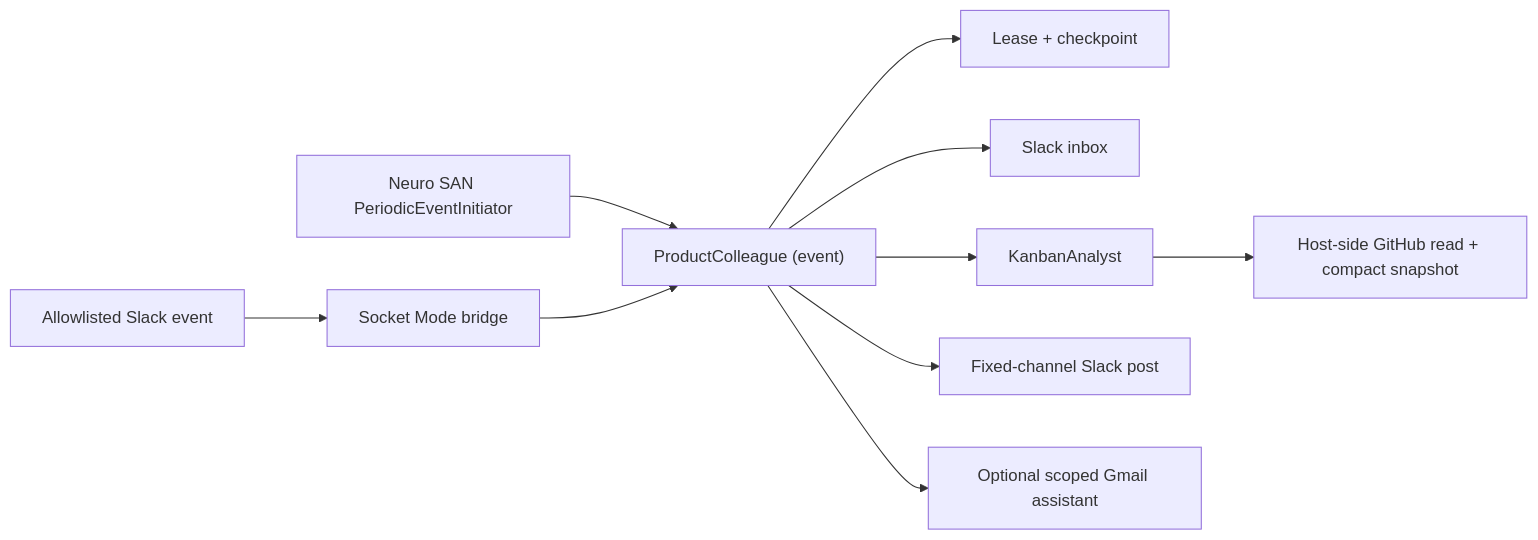
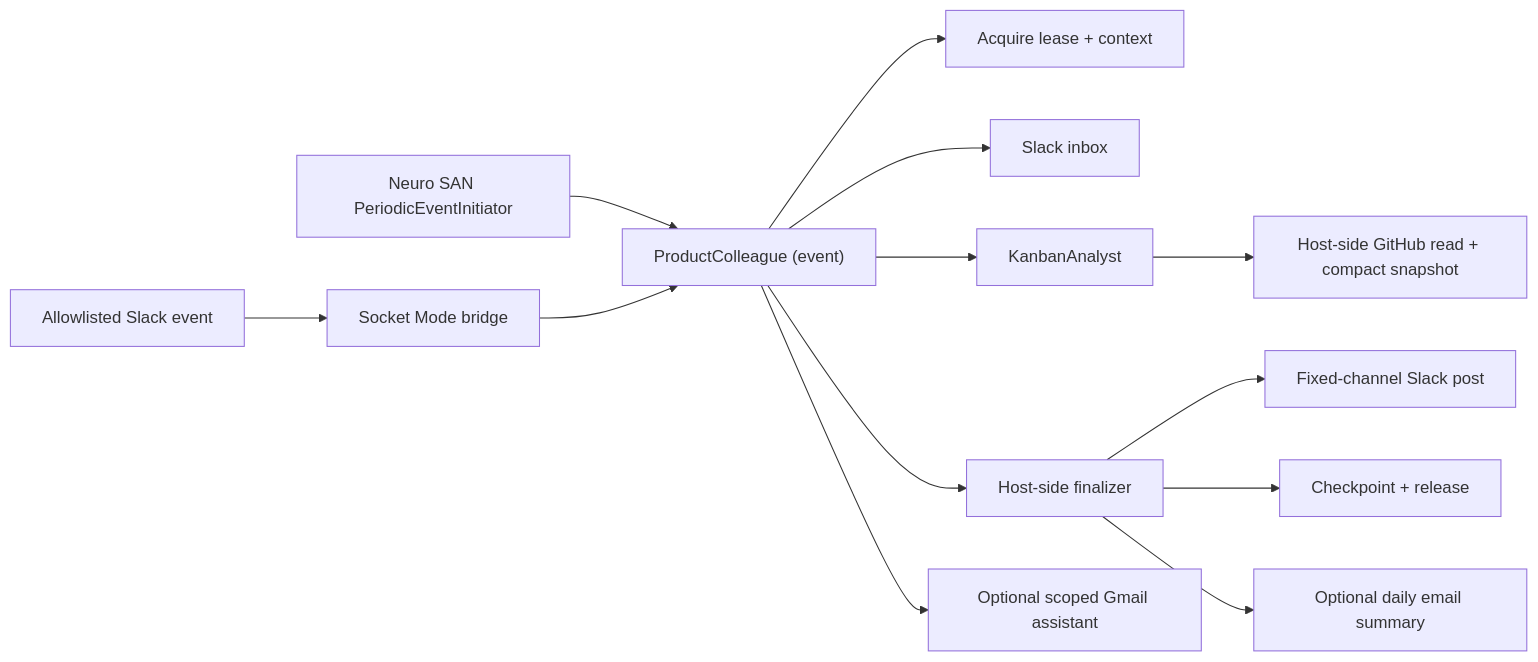
The diagram in README.md (babakatwork/neuro-san-pm), drawn with Mermaid before and after one commit. The commit also changed other lines of this file and 12 other files, not shown here.

````diff
--- a/README.md
+++ b/README.md
@@ -35,11 +35,14 @@
 ```mermaid
 flowchart LR
     Cron["Neuro SAN PeriodicEventInitiator"] --> Event["ProductColleague (event)"]
     SlackEvent["Allowlisted Slack event"] --> Bridge["Socket Mode bridge"] --> Event
-    Event --> Gate["Lease + checkpoint"]
+    Event --> Gate["Acquire lease + context"]
     Event --> Inbox["Slack inbox"]
     Event --> Analyst["KanbanAnalyst"]
     Analyst --> Snapshot["Host-side GitHub read + compact snapshot"]
-    Event --> Post["Fixed-channel Slack post"]
-    Event --> Gmail["Optional scoped Gmail assistant"]
+    Event --> Finalizer["Host-side finalizer"]
+    Finalizer --> Post["Fixed-channel Slack post"]
+    Finalizer --> Checkpoint["Checkpoint + release"]
+    Finalizer --> Gmail["Optional daily email summary"]
+    Event --> GmailAssistant["Optional scoped Gmail assistant"]
 ```
````
